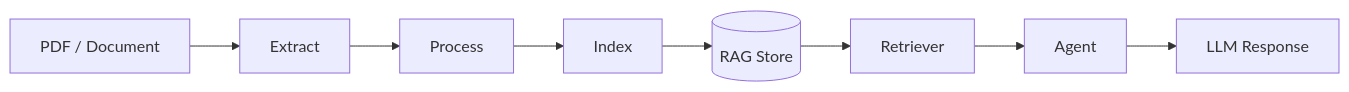
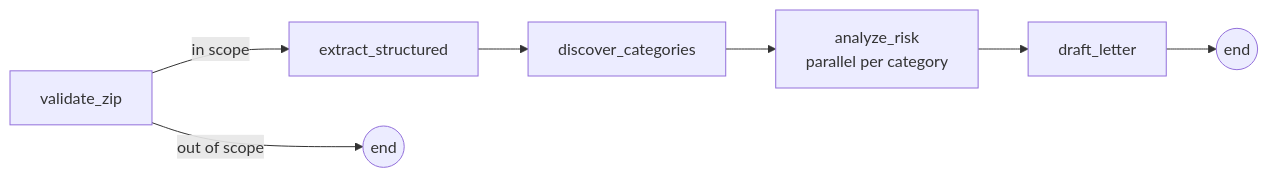
One commit to fardaevm/leazard changed the second of 2 diagrams in README.md. Above: the diagram before and after it, drawn with Mermaid. The commit also changed other lines of this file and 7 other files, not shown here.

````diff
--- a/README.md
+++ b/README.md
@@ -97,10 +58,9 @@
 ```mermaid
 flowchart LR
-    A[PDF / Document] --> B[Extract]
-    B --> C[Process]
-    C --> D[Index]
-    D --> E[(RAG Store)]
-    E --> F[Retriever]
-    F --> G[Agent]
-    G --> H[LLM Response]
+    A[validate_zip] -->|in scope| B[extract_structured]
+    A -->|out of scope| END1((end))
+    B --> C[discover_categories]
+    C --> D[analyze_risk<br/>parallel per category]
+    D --> E[draft_letter]
+    E --> END2((end))
 ```
````
